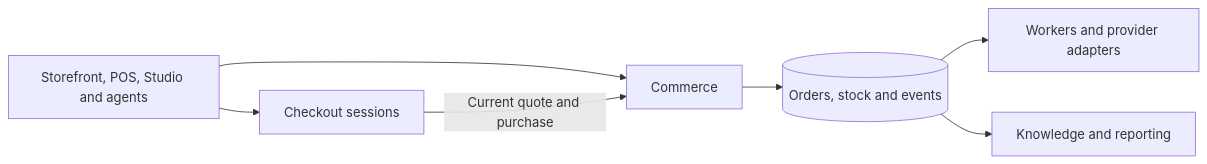
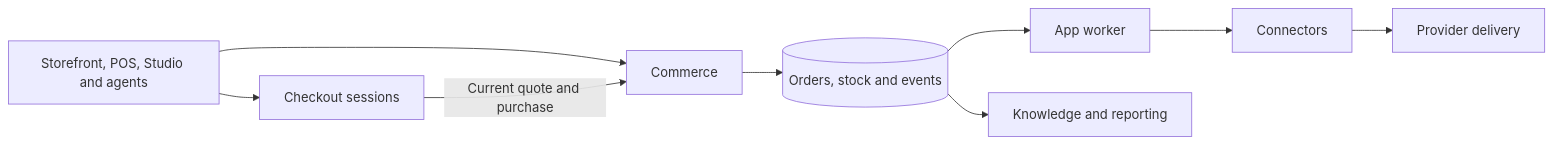
Before and after one commit to sthamann/sellama: the diagram in docs/one-shop-components.md, drawn with Mermaid. The commit also changed other lines of this file and 11 other files, not shown here.

````diff
--- a/docs/one-shop-components.md
+++ b/docs/one-shop-components.md
@@ -11,9 +11,11 @@
 ```mermaid
 flowchart LR
   UI["Storefront, POS, Studio and agents"] --> C["Commerce"]
   UI --> Q["Checkout sessions"]
   Q -->|"Current quote and purchase"| C
   C --> DB[("Orders, stock and events")]
-  DB --> W["Workers and provider adapters"]
+  DB --> W["App worker"]
+  W --> D["Connectors"]
+  D --> P["Provider delivery"]
   DB --> K["Knowledge and reporting"]
 ```
````
